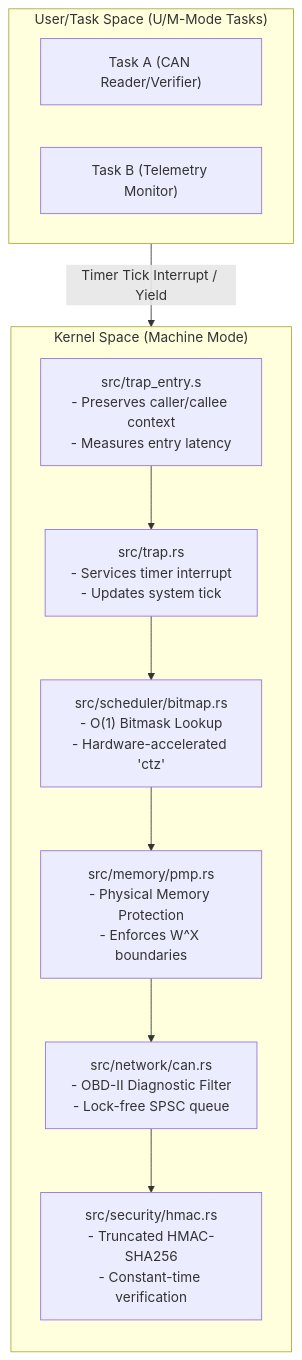
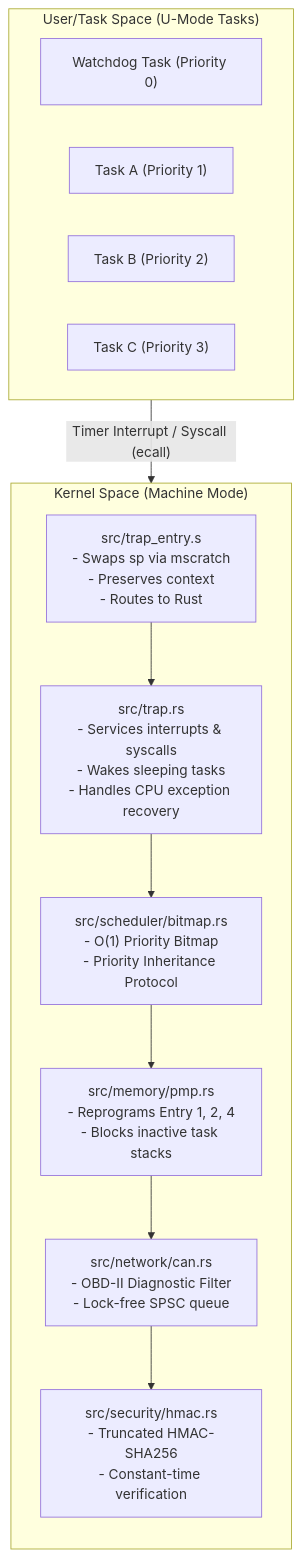
The diagram in README.md (s7g4/cerberus-os), drawn with Mermaid before and after one commit. The commit also changed other lines of this file and 8 other files, not shown here.

Commit message:
feat(wdog): implement AUTOSAR-style logical watchdog monitor and sleep queues

````diff
--- a/README.md
+++ b/README.md
@@ -7,26 +4,25 @@
 ```mermaid
 flowchart TB
-    subgraph UserSpace ["User/Task Space (U/M-Mode Tasks)"]
+    subgraph UserSpace ["User/Task Space (U-Mode Tasks)"]
         direction LR
-        TaskA["Task A (CAN Reader/Verifier)"]
-        TaskB["Task B (Telemetry Monitor)"]
+        WDTask["Watchdog Task (Priority 0)"]
+        TaskA["Task A (Priority 1)"]
+        TaskB["Task B (Priority 2)"]
+        TaskC["Task C (Priority 3)"]
     end
-
-    UserSpace -->|"Timer Tick Interrupt / Yield"| TrapEntry
-
+    UserSpace -->|"Timer Interrupt / Syscall (ecall)"| TrapEntry
     subgraph KernelSpace ["Kernel Space (Machine Mode)"]
         direction TB
-        TrapEntry["src/trap_entry.s\n- Preserves caller/callee context\n- Measures entry latency"]
-        TrapRust["src/trap.rs\n- Services timer interrupt\n- Updates system tick"]
-        Scheduler["src/scheduler/bitmap.rs\n- O(1) Bitmask Lookup\n- Hardware-accelerated 'ctz'"]
-        PMP["src/memory/pmp.rs\n- Physical Memory Protection\n- Enforces W^X boundaries"]
+        TrapEntry["src/trap_entry.s\n- Swaps sp via mscratch\n- Preserves context\n- Routes to Rust"]
+        TrapRust["src/trap.rs\n- Services interrupts & syscalls\n- Wakes sleeping tasks\n- Handles CPU exception recovery"]
+        Scheduler["src/scheduler/bitmap.rs\n- O(1) Priority Bitmap\n- Priority Inheritance Protocol"]
+        PMP["src/memory/pmp.rs\n- Reprograms Entry 1, 2, 4\n- Blocks inactive task stacks"]
         CAN["src/network/can.rs\n- OBD-II Diagnostic Filter\n- Lock-free SPSC queue"]
         HMAC["src/security/hmac.rs\n- Truncated HMAC-SHA256\n- Constant-time verification"]
-
         TrapEntry --> TrapRust
         TrapRust --> Scheduler
         Scheduler --> PMP
         PMP --> CAN
         CAN --> HMAC
     end
 ```
````
